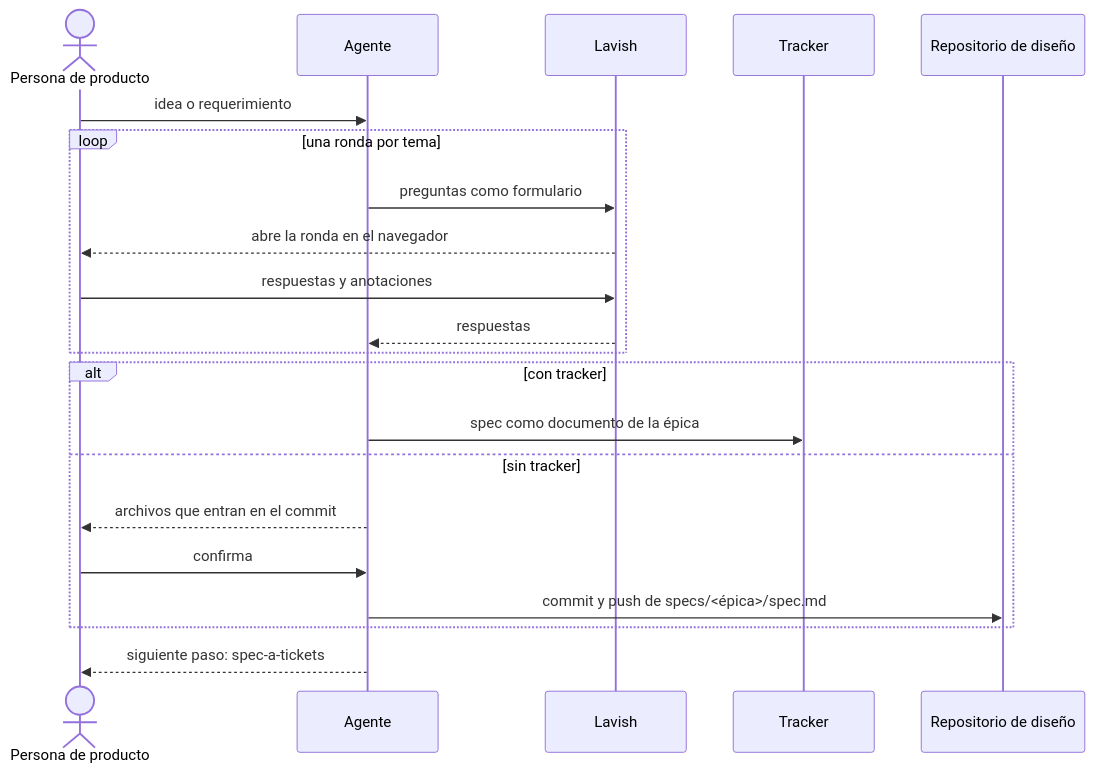
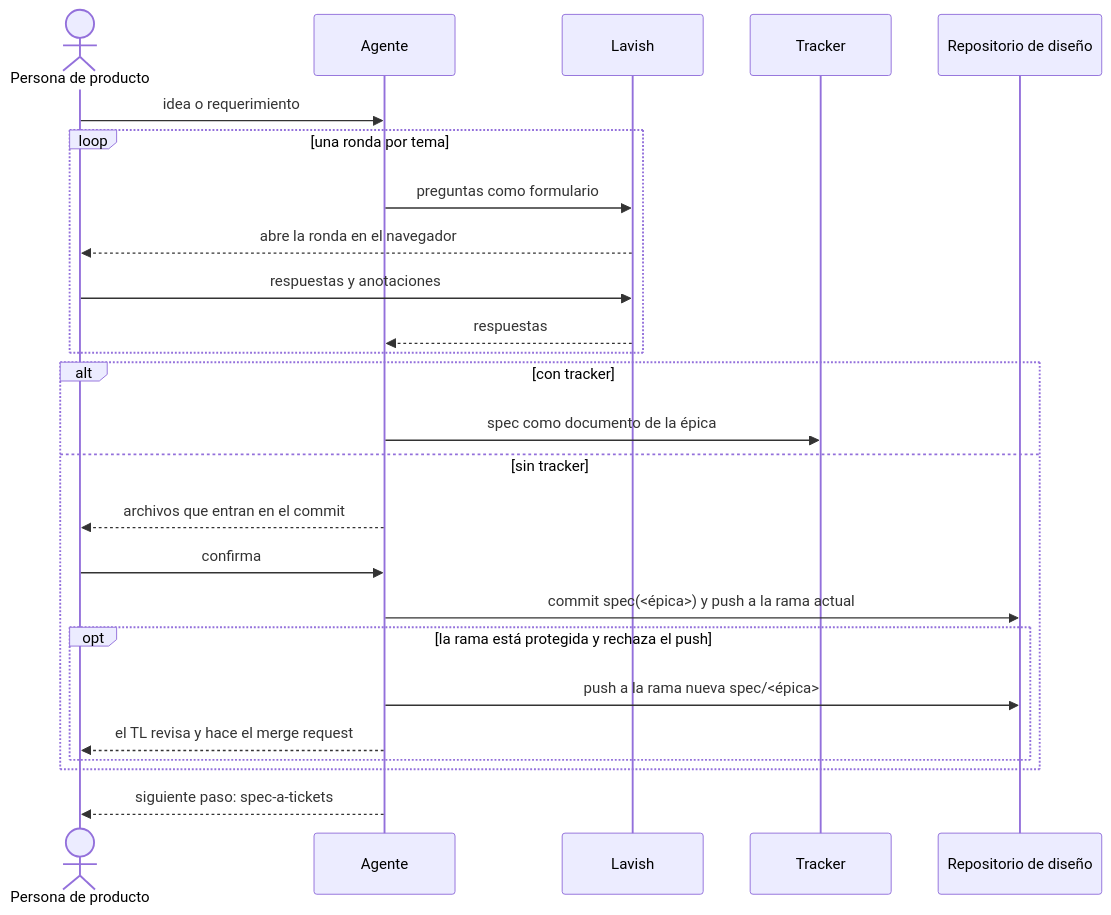
Before and after one commit to grez-lucas/design-flow-skills: the second of 2 diagrams in README.md, drawn with Mermaid. The commit also changed other lines of this file and 6 other files, not shown here.

First line of the commit message:
feat: formato de commit fijo y push a la rama actual en las skills que guardan

````diff
--- a/README.md
+++ b/README.md
@@ -48,23 +48,27 @@
 ```mermaid
 sequenceDiagram
     actor P as Persona de producto
     participant A as Agente
     participant L as Lavish
     participant T as Tracker
     participant R as Repositorio de diseño
     P->>A: idea o requerimiento
     loop una ronda por tema
         A->>L: preguntas como formulario
         L-->>P: abre la ronda en el navegador
         P->>L: respuestas y anotaciones
         L-->>A: respuestas
     end
     alt con tracker
         A->>T: spec como documento de la épica
     else sin tracker
         A-->>P: archivos que entran en el commit
         P->>A: confirma
-        A->>R: commit y push de specs/<épica>/spec.md
+        A->>R: commit spec(<épica>) y push a la rama actual
+        opt la rama está protegida y rechaza el push
+            A->>R: push a la rama nueva spec/<épica>
+            A-->>P: el TL revisa y hace el merge request
+        end
     end
     A-->>P: siguiente paso: spec-a-tickets
 ```
````
